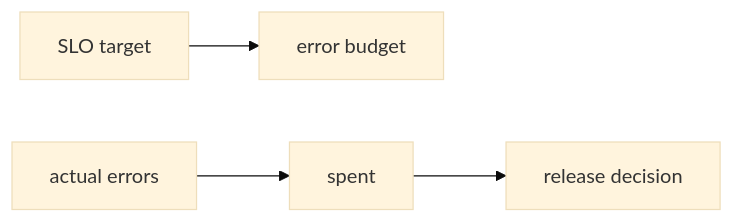
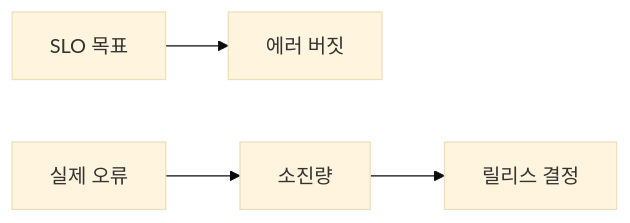
The diagram in content/sre-101/ko/04-error-budget.md (yeongseon-books/book-content), drawn with Mermaid (base theme) before and after one commit. The commit also changed other lines of this file and 9 other files, not shown here.

````diff
--- a/content/sre-101/ko/04-error-budget.md
+++ b/content/sre-101/ko/04-error-budget.md
@@ -33,6 +47,6 @@
 ```mermaid
 flowchart LR
-    SLO["SLO target"] --> Budget["error budget"]
-    Actual["actual errors"] --> Spent["spent"]
-    Spent --> Decision["release decision"]
+    SLO["SLO 목표"] --> Budget["에러 버짓"]
+    Actual["실제 오류"] --> Spent["소진량"]
+    Spent --> Decision["릴리스 결정"]
 ```
````
